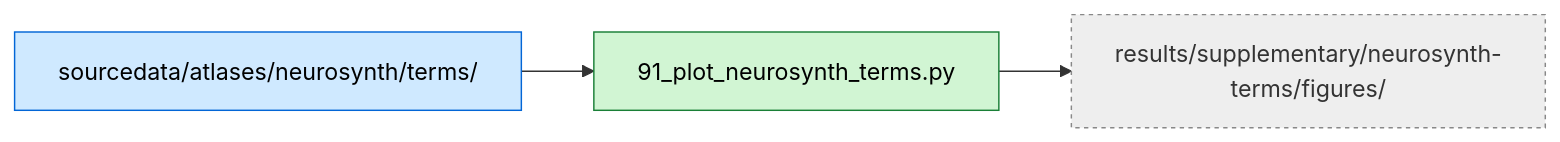
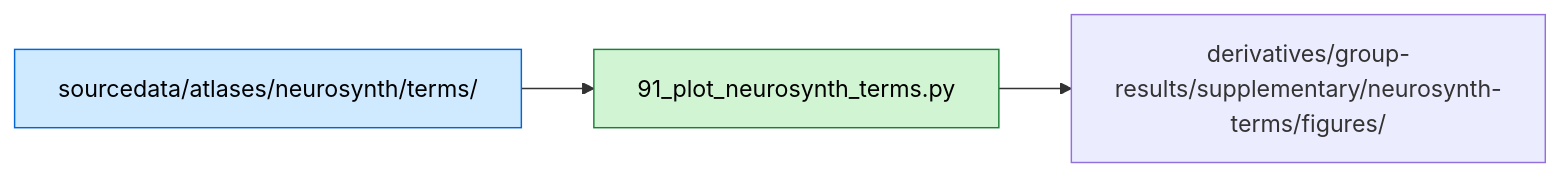
One commit to costantinoai/chess-expertise-2025 changed the diagram in chess-supplementary/neurosynth-terms/README.md. Above: the diagram before and after it, drawn with Mermaid. The commit also changed other lines of this file and 59 other files, not shown here.

````diff
--- a/chess-supplementary/neurosynth-terms/README.md
+++ b/chess-supplementary/neurosynth-terms/README.md
@@ -13,12 +13,11 @@
 ```mermaid
 flowchart LR
-  classDef in fill:#cfe9ff,stroke:#0366d6,color:#000
-  classDef sc fill:#d1f5d3,stroke:#1a7f37,color:#000
-  classDef rl fill:#eee,stroke:#888,stroke-dasharray:3 3,color:#333
+ classDef in fill:#cfe9ff,stroke:#0366d6,color:#000
+ classDef sc fill:#d1f5d3,stroke:#1a7f37,color:#000
 
-  ATLNS["sourcedata/atlases/neurosynth/terms/"]:::in
-  P91["91_plot_neurosynth_terms.py"]:::sc
-  FIGURES["results/supplementary/neurosynth-terms/figures/"]:::rl
+ ATLNS["sourcedata/atlases/neurosynth/terms/"]:::in
+ P91["91_plot_neurosynth_terms.py"]:::sc
+ FIGURES["derivatives/group-results/supplementary/neurosynth-terms/figures/"]:::out
 
-  ATLNS --> P91 --> FIGURES
+ ATLNS --> P91 --> FIGURES
 ```
````
